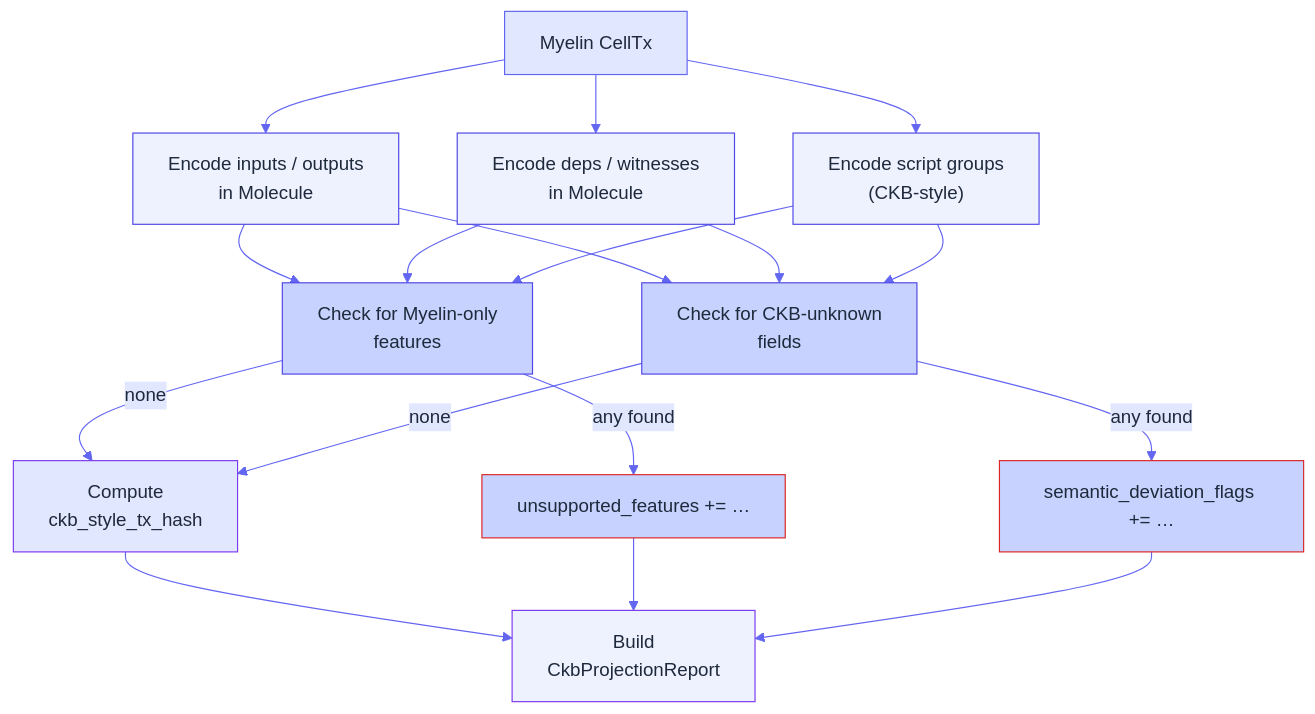
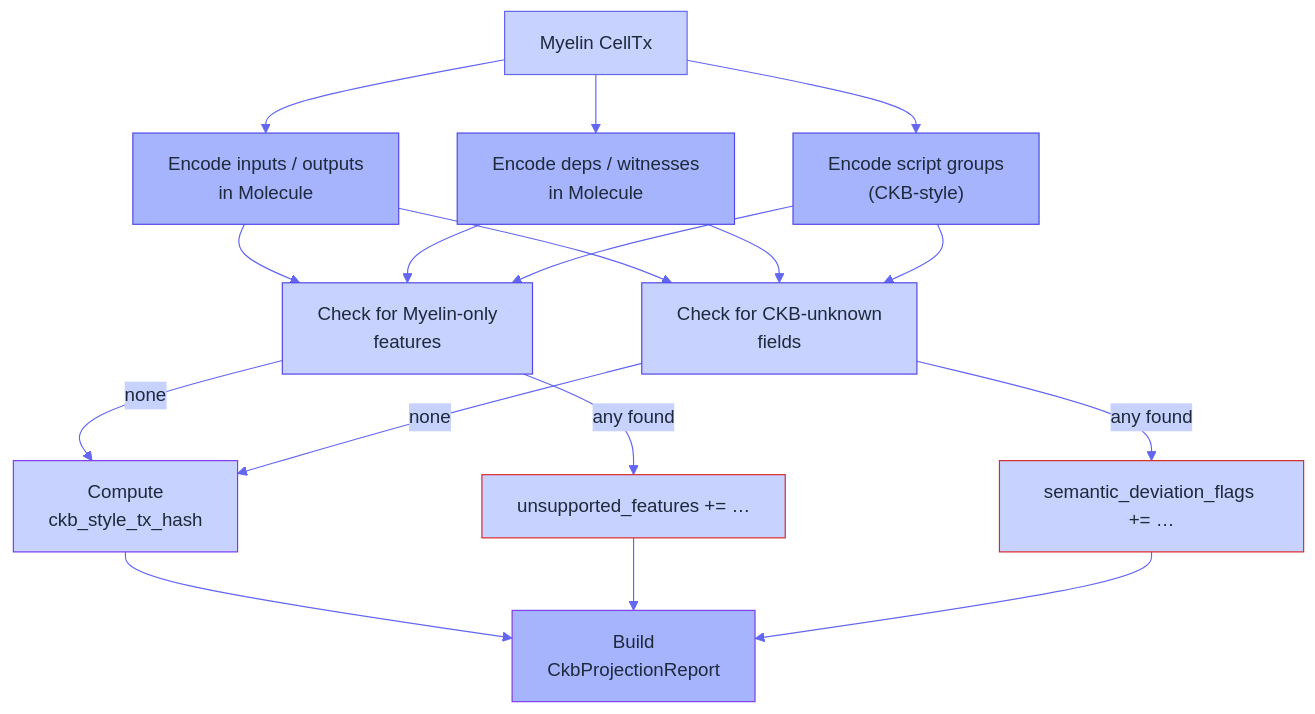
The diagram in docs/architecture/projection.md (Myelin-Labs/Myelin), drawn with Mermaid before and after one commit. The commit also changed 31 other files, not shown here.

````diff
--- a/docs/architecture/projection.md
+++ b/docs/architecture/projection.md
@@ -60,40 +60,40 @@
 ```mermaid
 %%{init: {
   "theme": "base",
   "themeVariables": {
-    "primaryColor": "#EEF2FF",
+    "primaryColor": "#A5B4FC",
     "primaryTextColor": "#1E293B",
     "primaryBorderColor": "#4F46E5",
     "lineColor": "#6366F1",
-    "secondaryColor": "#E0E7FF",
+    "secondaryColor": "#C7D2FE",
     "tertiaryColor": "#C7D2FE"
   }
 }}%%
 flowchart TB
     A["Myelin CellTx"]:::in
     B["Encode inputs / outputs<br/>in Molecule"]:::stage
     C["Encode deps / witnesses<br/>in Molecule"]:::stage
     D["Encode script groups<br/>(CKB-style)"]:::stage
     E["Check for Myelin-only<br/>features"]:::check
     F["Check for CKB-unknown<br/>fields"]:::check
     G["Compute<br/>ckb_style_tx_hash"]:::hash
     H["Build<br/>CkbProjectionReport"]:::build
 
     A --> B & C & D
     B & C & D --> E
     B & C & D --> F
     E -- "any found" --> R["unsupported_features += …"]:::bad
     F -- "any found" --> R2["semantic_deviation_flags += …"]:::bad
     E -- "none" --> G
     F -- "none" --> G
     G --> H
     R --> H
     R2 --> H
 
-    classDef in    fill:#E0E7FF,stroke:#6366F1,color:#1E293B;
-    classDef stage fill:#EEF2FF,stroke:#4F46E5,color:#1E293B;
+    classDef in    fill:#C7D2FE,stroke:#6366F1,color:#1E293B;
+    classDef stage fill:#A5B4FC,stroke:#4F46E5,color:#1E293B;
     classDef check fill:#C7D2FE,stroke:#4F46E5,color:#1E293B;
-    classDef hash  fill:#E0E7FF,stroke:#7C3AED,color:#1E293B;
-    classDef build fill:#EEF2FF,stroke:#7C3AED,color:#1E293B;
+    classDef hash  fill:#C7D2FE,stroke:#7C3AED,color:#1E293B;
+    classDef build fill:#A5B4FC,stroke:#7C3AED,color:#1E293B;
     classDef bad   fill:#C7D2FE,stroke:#DC2626,color:#1E293B;
 ```
````
